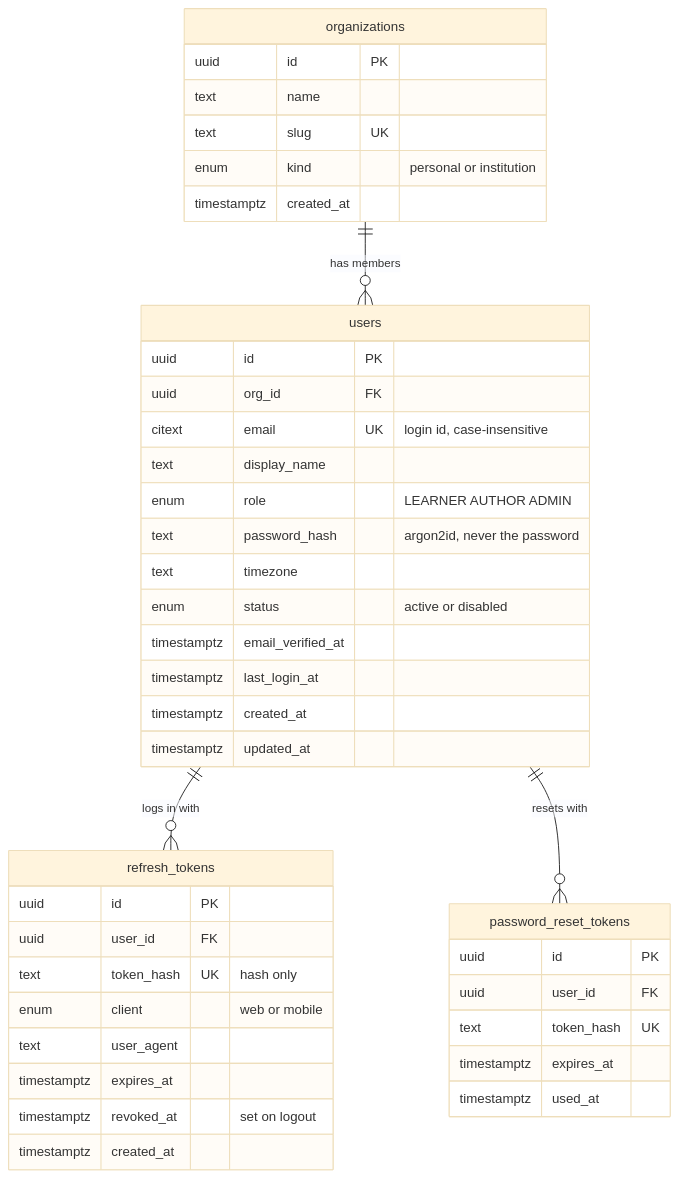
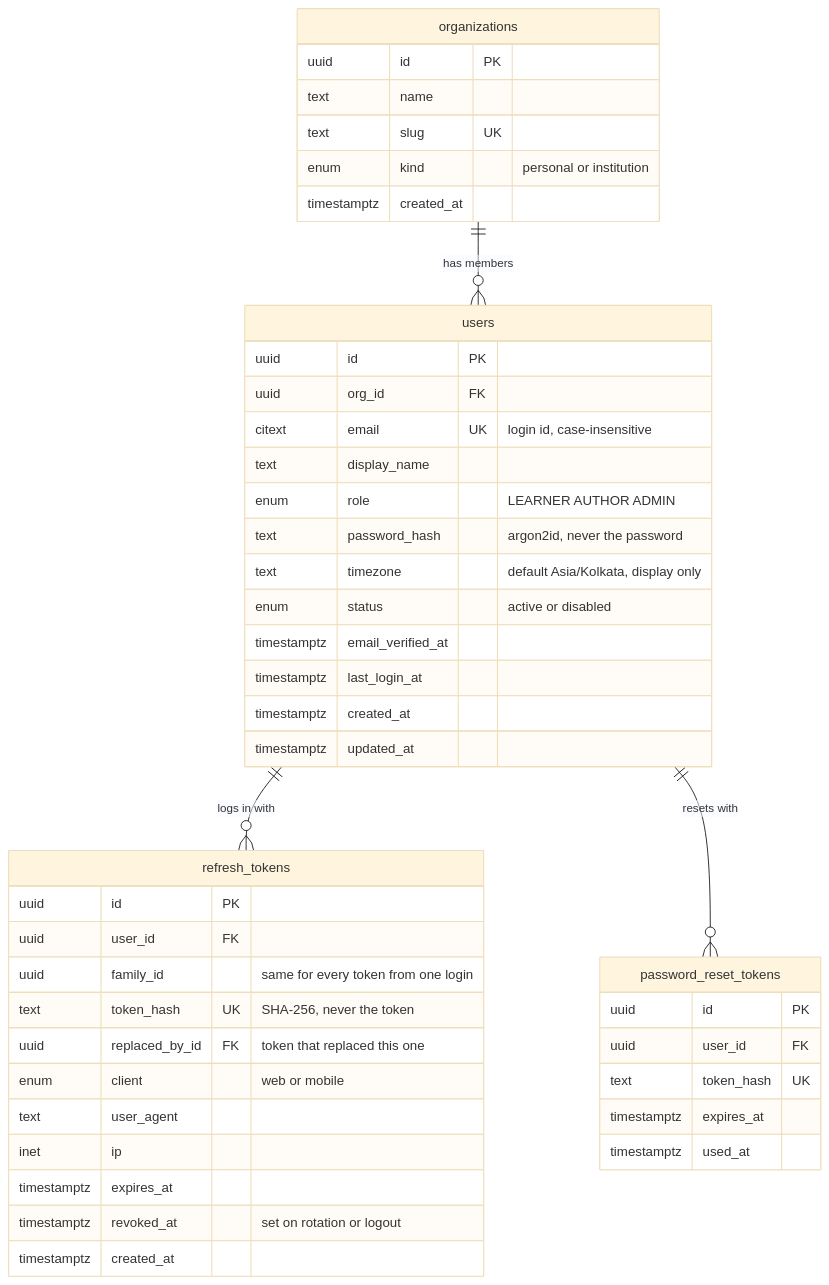
One commit to Nidanos/ai-tutor-platform changed the seventh of 32 diagrams in DOCS/phase-2/MP3-System-Design.md. Above: the diagram before and after it, drawn with Mermaid (base theme). The commit also changed other lines of this file, not shown here.

Commit message:
docs: update Phase 2 design with per-skill fade, schema refinements and auth decisions

````diff
--- a/DOCS/phase-2/MP3-System-Design.md
+++ b/DOCS/phase-2/MP3-System-Design.md
@@ -372,44 +405,47 @@
 ```mermaid
 erDiagram
   organizations ||--o{ users : "has members"
   users ||--o{ refresh_tokens : "logs in with"
   users ||--o{ password_reset_tokens : "resets with"
   organizations {
     uuid id PK
     text name
     text slug UK
     enum kind "personal or institution"
     timestamptz created_at
   }
   users {
     uuid id PK
     uuid org_id FK
     citext email UK "login id, case-insensitive"
     text display_name
     enum role "LEARNER AUTHOR ADMIN"
     text password_hash "argon2id, never the password"
-    text timezone
+    text timezone "default Asia/Kolkata, display only"
     enum status "active or disabled"
     timestamptz email_verified_at
     timestamptz last_login_at
     timestamptz created_at
     timestamptz updated_at
   }
   refresh_tokens {
     uuid id PK
     uuid user_id FK
-    text token_hash UK "hash only"
+    uuid family_id "same for every token from one login"
+    text token_hash UK "SHA-256, never the token"
+    uuid replaced_by_id FK "token that replaced this one"
     enum client "web or mobile"
     text user_agent
+    inet ip
     timestamptz expires_at
-    timestamptz revoked_at "set on logout"
+    timestamptz revoked_at "set on rotation or logout"
     timestamptz created_at
   }
   password_reset_tokens {
     uuid id PK
     uuid user_id FK
     text token_hash UK
     timestamptz expires_at
     timestamptz used_at
   }
 ```
````
